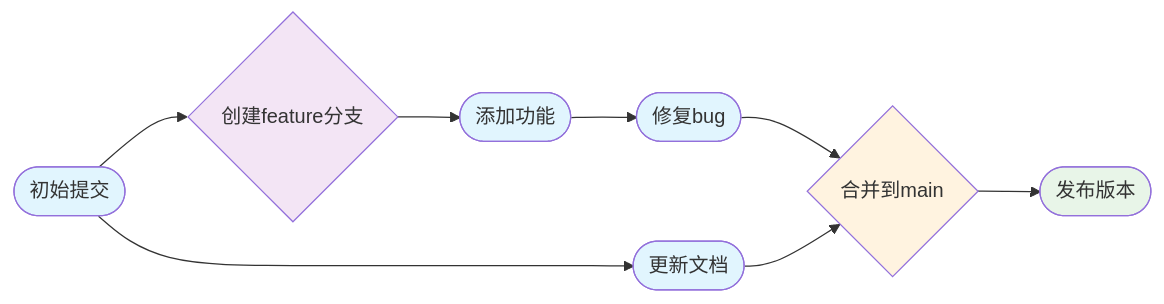
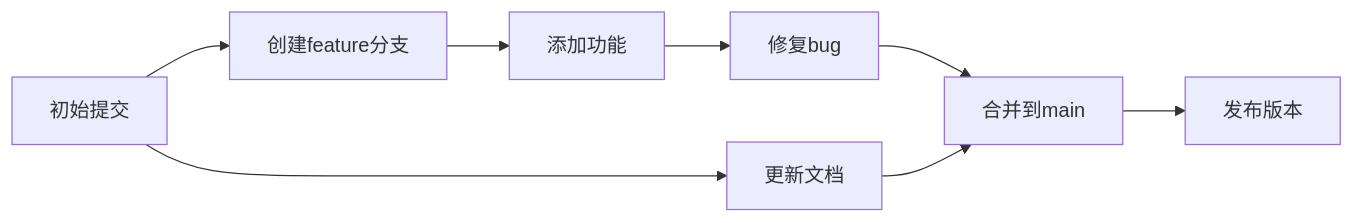
The third of 7 diagrams in content/test/test-mermaid.md (ChenHaoTech/chenhaoTec), drawn with Mermaid before and after one commit.

Commit message:
简化Git图语法 - 移除样式定义
- 使用最基础的flowchart LR语法
- 移除可能导致语法错误的样式定义
- 保持简洁的方框节点和箭头连接
- 确保与所有Mermaid版本兼容

🤖 Generated with [Claude Code](https://claude.com/claude-code)

````diff
--- a/content/test/test-mermaid.md
+++ b/content/test/test-mermaid.md
@@ -50,18 +50,10 @@
 ```mermaid
 flowchart LR
-    A([初始提交]) --> B([更新文档])
-    A --> C{创建feature分支}
-    C --> D([添加功能])
-    D --> E([修复bug])
-    E --> F{合并到main}
+    A[初始提交] --> B[更新文档]
+    A --> C[创建feature分支]
+    C --> D[添加功能]
+    D --> E[修复bug]
+    E --> F[合并到main]
     B --> F
-    F --> G([发布版本])
-
-    style A fill:#e1f5fe
-    style B fill:#e1f5fe
-    style D fill:#e1f5fe
-    style E fill:#e1f5fe
-    style F fill:#fff3e0
-    style G fill:#e8f5e8
-    style C fill:#f3e5f5
+    F --> G[发布版本]
 ```
````
